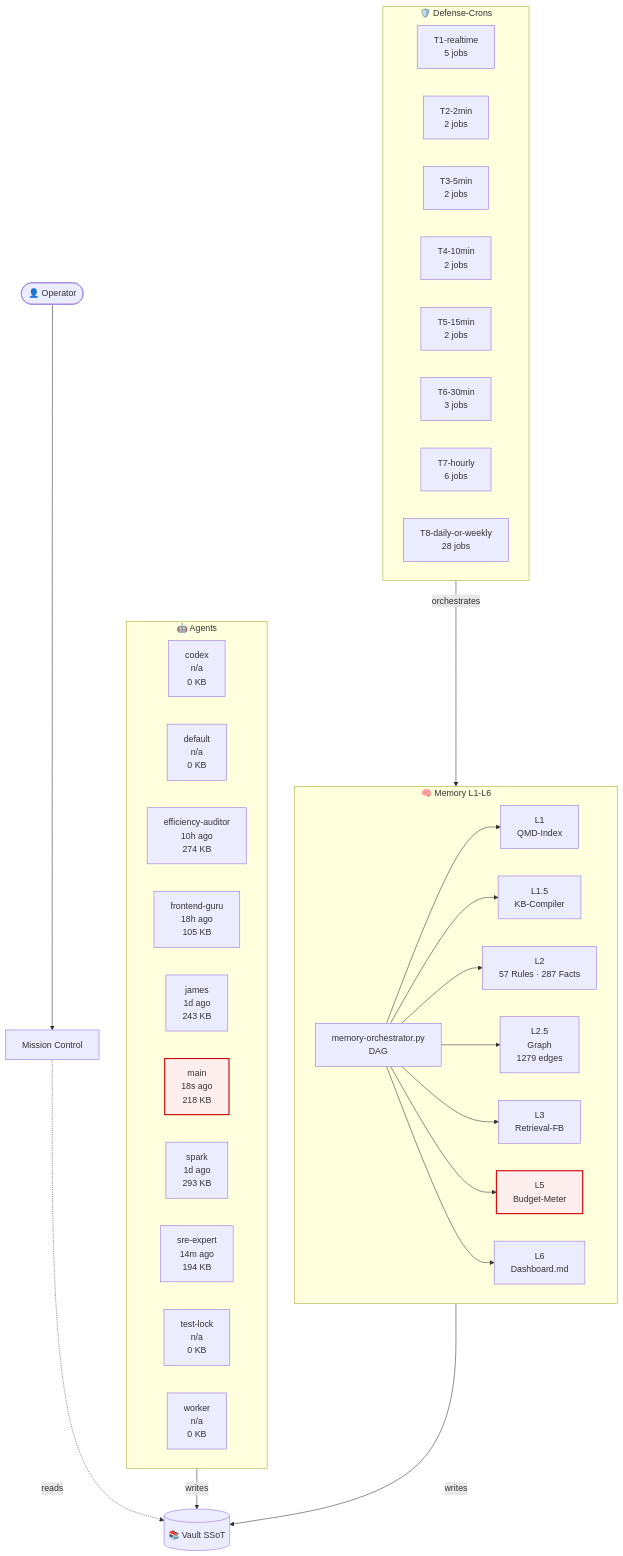
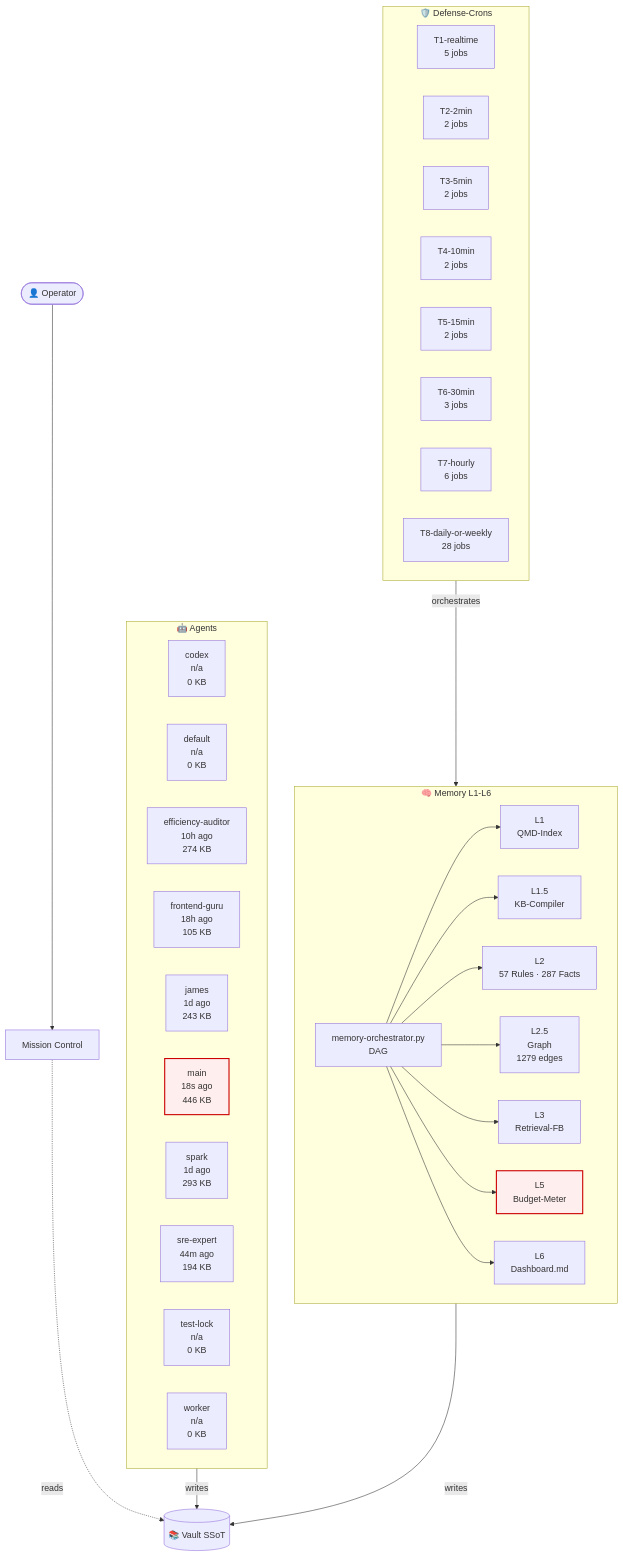
One commit to lenardhuebner88-rgb/openclaw-memory changed the diagram in 03-Agents/architecture-live.md. Above: the diagram before and after it, drawn with Mermaid. The commit also changed other lines of this file and 15 other files, not shown here.

````diff
--- a/03-Agents/architecture-live.md
+++ b/03-Agents/architecture-live.md
@@ -18,53 +18,53 @@
 ```mermaid
 flowchart TB
     classDef critical fill:#fee,stroke:#c00,stroke-width:2px;
     subgraph AGT["🤖 Agents"]
         agent_codex["codex<br/>n/a<br/>0 KB"]
         agent_default["default<br/>n/a<br/>0 KB"]
         agent_efficiency_auditor["efficiency-auditor<br/>10h ago<br/>274 KB"]
         agent_frontend_guru["frontend-guru<br/>18h ago<br/>105 KB"]
         agent_james["james<br/>1d ago<br/>243 KB"]
-        agent_main["main<br/>18s ago<br/>218 KB"]
+        agent_main["main<br/>18s ago<br/>446 KB"]
         agent_spark["spark<br/>1d ago<br/>293 KB"]
-        agent_sre_expert["sre-expert<br/>14m ago<br/>194 KB"]
+        agent_sre_expert["sre-expert<br/>44m ago<br/>194 KB"]
         agent_test_lock["test-lock<br/>n/a<br/>0 KB"]
         agent_worker["worker<br/>n/a<br/>0 KB"]
     end
     subgraph MEM["🧠 Memory L1-L6"]
         L1["L1<br/>QMD-Index"]
         L15["L1.5<br/>KB-Compiler"]
         L2["L2<br/>57 Rules · 287 Facts"]
         L25["L2.5<br/>Graph<br/>1279 edges"]
         L3["L3<br/>Retrieval-FB"]
         L5["L5<br/>Budget-Meter"]
         L6["L6<br/>Dashboard.md"]
         ORCH["memory-orchestrator.py<br/>DAG"]
     end
     subgraph CRN["🛡️ Defense-Crons"]
         tier_T1_realtime["T1-realtime<br/>5 jobs"]
         tier_T2_2min["T2-2min<br/>2 jobs"]
         tier_T3_5min["T3-5min<br/>2 jobs"]
         tier_T4_10min["T4-10min<br/>2 jobs"]
         tier_T5_15min["T5-15min<br/>2 jobs"]
         tier_T6_30min["T6-30min<br/>3 jobs"]
         tier_T7_hourly["T7-hourly<br/>6 jobs"]
         tier_T8_daily_or_weekly["T8-daily-or-weekly<br/>28 jobs"]
     end
     VAULT[("📚 Vault SSoT")]
     OP([👤 Operator])
     MC["Mission Control"]
     OP --> MC
     MC -.reads.-> VAULT
     AGT -->|writes| VAULT
     MEM -->|writes| VAULT
     ORCH --> L1
     ORCH --> L15
     ORCH --> L2
     ORCH --> L25
     ORCH --> L3
     ORCH --> L5
     ORCH --> L6
     CRN -->|orchestrates| MEM
     class L5 critical
     class agent_main critical
 ```
````
